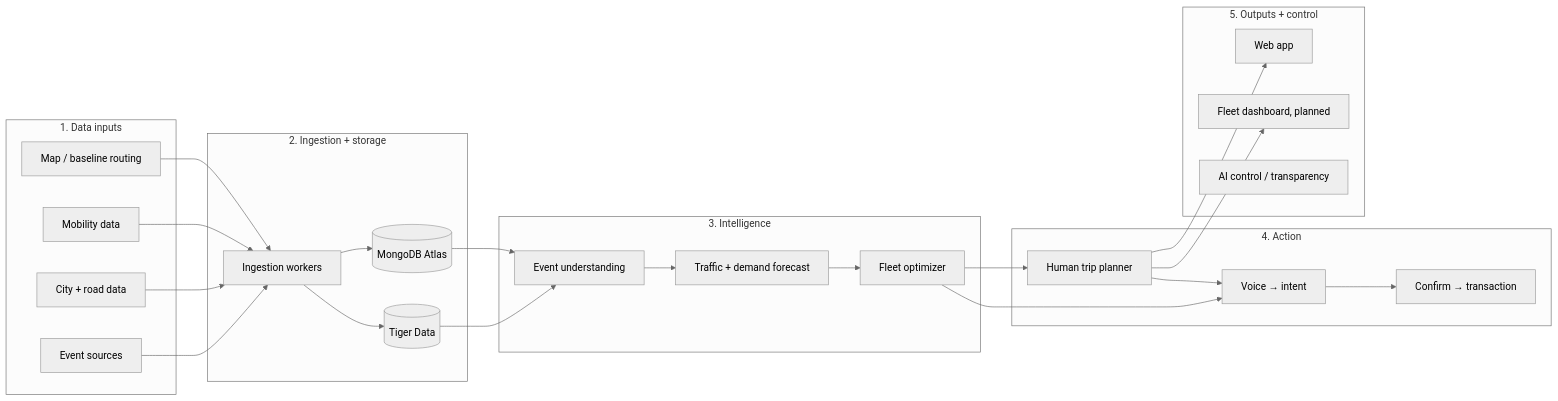
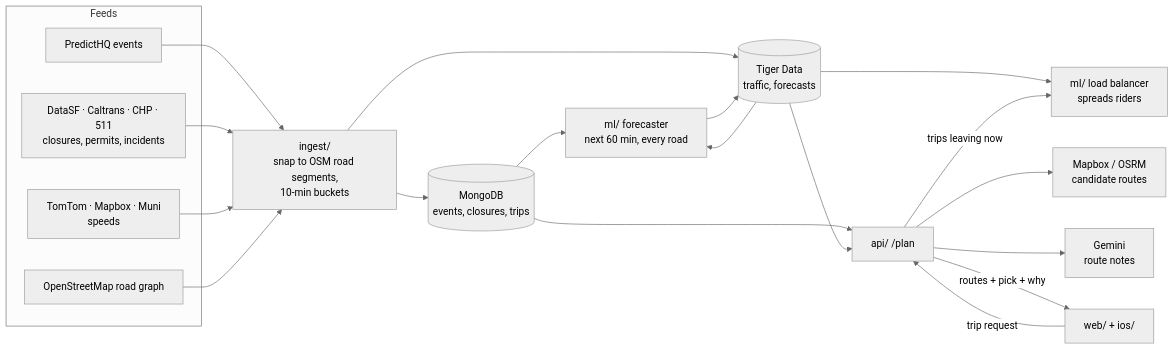
One commit to No-Way-Mo/transpeaktation changed the diagram in README.md. Above: the diagram before and after it, drawn with Mermaid (neutral theme). The commit also changed other lines of this file, not shown here.

First line of the commit message:
docs: README model walkthrough, measured results, status and next steps

````diff
--- a/README.md
+++ b/README.md
@@ -37,37 +39,27 @@
 ```mermaid
 flowchart LR
-  subgraph IN["1. Data inputs"]
-    ES[Event sources]
-    CR[City + road data]
-    MD[Mobility data]
-    MB[Map / baseline routing]
+  subgraph FEEDS["Feeds"]
+    EV[PredictHQ events]
+    CL[DataSF · Caltrans · CHP · 511<br/>closures, permits, incidents]
+    SP[TomTom · Mapbox · Muni<br/>speeds]
+    OSM[OpenStreetMap road graph]
   end
-  subgraph ST["2. Ingestion + storage"]
-    IW[Ingestion workers]
-    TG[(Tiger Data)]
-    MG[(MongoDB Atlas)]
-  end
-  subgraph AI["3. Intelligence"]
-    EU[Event understanding]
-    FC[Traffic + demand forecast]
-    FO[Fleet optimizer]
-  end
-  subgraph ACT["4. Action"]
-    TP[Human trip planner]
-    VI[Voice → intent]
-    TX[Confirm → transaction]
-  end
-  subgraph OUT["5. Outputs + control"]
-    WA[Web app]
-    FD[Fleet dashboard, planned]
-    TR[AI control / transparency]
-  end
-  ES & CR & MD & MB --> IW
-  IW --> TG & MG
-  TG & MG --> EU
-  EU --> FC --> FO
-  FO --> TP & VI
-  TP --> VI --> TX
-  TP --> WA
-  TP --> FD
+  IN["ingest/<br/>snap to OSM road segments,<br/>10-min buckets"]
+  MG[(MongoDB<br/>events, closures, trips)]
+  TG[(Tiger Data<br/>traffic, forecasts)]
+  FC["ml/ forecaster<br/>next 60 min, every road"]
+  LB["ml/ load balancer<br/>spreads riders"]
+  API["api/ /plan"]
+  PR[Mapbox / OSRM<br/>candidate routes]
+  GM[Gemini<br/>route notes]
+  WEB["web/ + ios/"]
+  EV & CL & SP & OSM --> IN --> MG & TG
+  MG & TG --> FC --> TG
+  TG --> LB
+  WEB -- trip request --> API
+  API --> PR
+  API -- trips leaving now --> LB
+  MG & TG --> API
+  API --> GM
+  API -- routes + pick + why --> WEB
 ```
````
